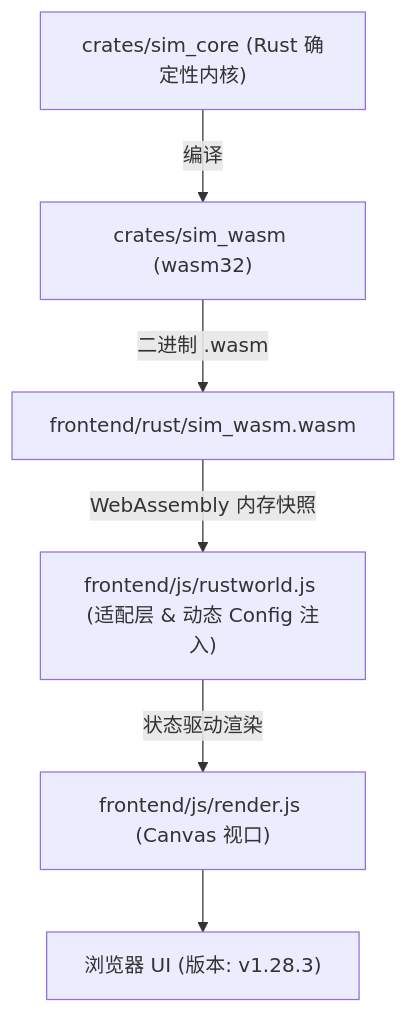
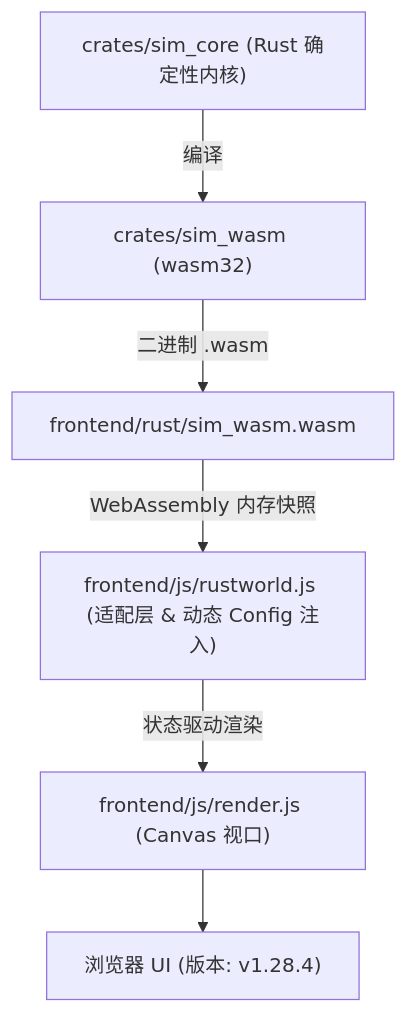
One commit to g39088902/FlowAndAccord changed the diagram in AGENTS.md. Above: the diagram before and after it, drawn with Mermaid. The commit also changed other lines of this file and 23 other files, not shown here.

````diff
--- a/AGENTS.md
+++ b/AGENTS.md
@@ -51,8 +51,8 @@
 ```mermaid
 graph TD
     A["crates/sim_core (Rust 确定性内核)"] -->|编译| B["crates/sim_wasm (wasm32)"]
     B -->|二进制 .wasm| C["frontend/rust/sim_wasm.wasm"]
     C -->|WebAssembly 内存快照| D["frontend/js/rustworld.js (适配层 & 动态 Config 注入)"]
     D -->|状态驱动渲染| E["frontend/js/render.js (Canvas 视口)"]
-    E --> F["浏览器 UI (版本: v1.28.3)"]
+    E --> F["浏览器 UI (版本: v1.28.4)"]
 ```
````
